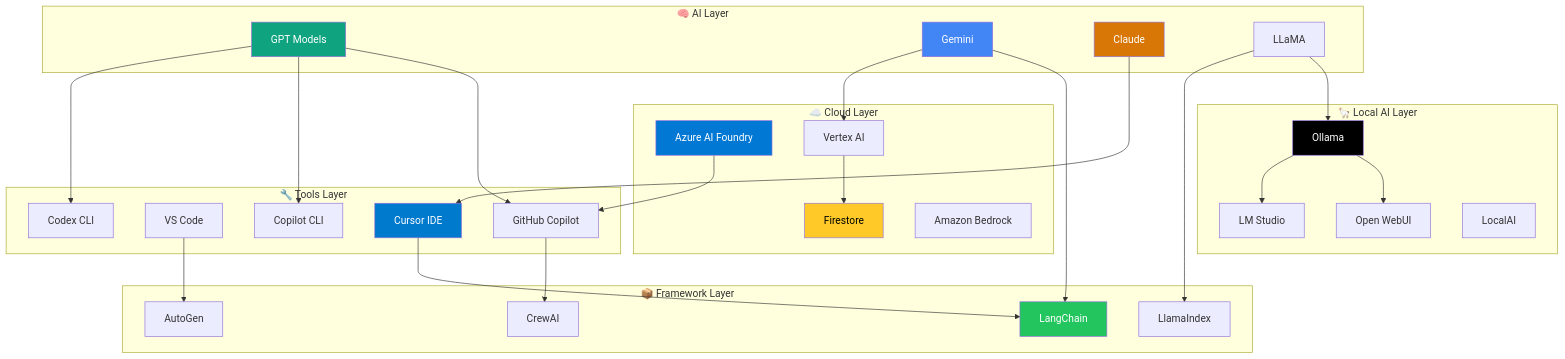
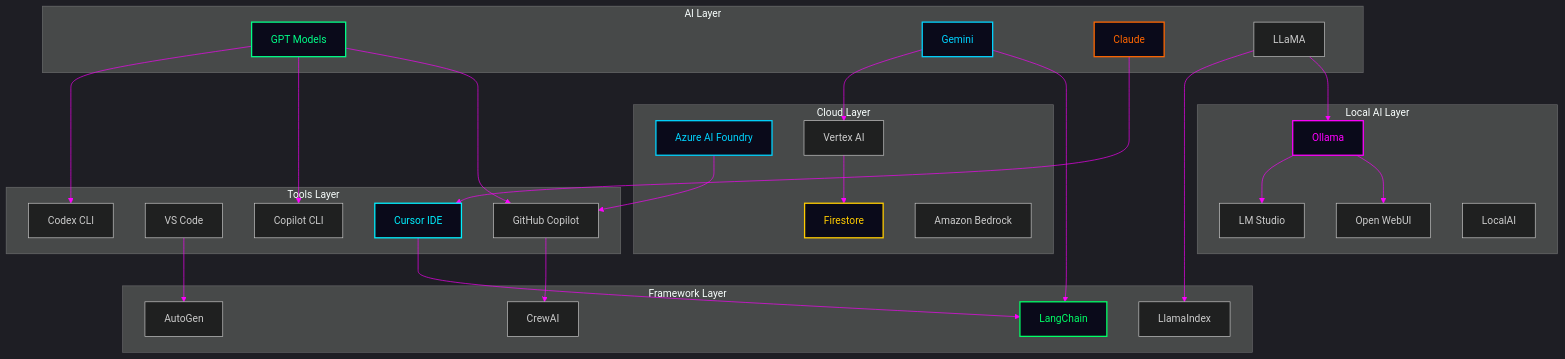
Before and after one commit to SpiralCloudOmega/DevTeam6: the sixth of 9 diagrams in README.md, drawn with Mermaid. The commit also changed other lines of this file, not shown here.

Commit message:
Add dark cyberpunk theme colors and improve text readability in mermaid diagrams

````diff
--- a/README.md
+++ b/README.md
@@ -2167,66 +2167,67 @@
 ```mermaid
+%%{init: {'theme': 'dark', 'themeVariables': { 'primaryColor': '#0a0a1a', 'primaryTextColor': '#ffffff', 'primaryBorderColor': '#00f0ff', 'lineColor': '#ff00ff', 'fontFamily': 'JetBrains Mono, monospace'}}}%%
 graph TD
-    subgraph "🧠 AI Layer"
+    subgraph "AI Layer"
         GPT[GPT Models]
         GEMINI[Gemini]
         CLAUDE[Claude]
         LLAMA[LLaMA]
     end
     
-    subgraph "🔧 Tools Layer"
+    subgraph "Tools Layer"
         CURSOR[Cursor IDE]
         VSCODE[VS Code]
         COPILOT[GitHub Copilot]
         COPILOTCLI[Copilot CLI]
         CODEX[Codex CLI]
     end
     
-    subgraph "🦙 Local AI Layer"
+    subgraph "Local AI Layer"
         OLLAMA[Ollama]
         OPENWEBUI[Open WebUI]
         LMSTUDIO[LM Studio]
         LOCALAI[LocalAI]
     end
     
-    subgraph "☁️ Cloud Layer"
+    subgraph "Cloud Layer"
         AZURE[Azure AI Foundry]
         VERTEX[Vertex AI]
         FIRESTORE[Firestore]
         BEDROCK[Amazon Bedrock]
     end
     
-    subgraph "📦 Framework Layer"
+    subgraph "Framework Layer"
         LANGCHAIN[LangChain]
         LLAMAINDEX[LlamaIndex]
         AUTOGEN[AutoGen]
         CREWAI[CrewAI]
     end
     
     GPT --> COPILOT
     GPT --> COPILOTCLI
     GPT --> CODEX
     GEMINI --> LANGCHAIN
     GEMINI --> VERTEX
     CLAUDE --> CURSOR
     LLAMA --> OLLAMA
     LLAMA --> LLAMAINDEX
     
     OLLAMA --> OPENWEBUI
     OLLAMA --> LMSTUDIO
     
     CURSOR --> LANGCHAIN
     VSCODE --> AUTOGEN
     COPILOT --> CREWAI
     
     AZURE --> COPILOT
     VERTEX --> FIRESTORE
     
-    style GPT fill:#10a37f,color:#fff
-    style GEMINI fill:#4285f4,color:#fff
-    style CLAUDE fill:#d97706,color:#fff
-    style CURSOR fill:#007acc,color:#fff
-    style LANGCHAIN fill:#22c55e,color:#fff
-    style OLLAMA fill:#000000,color:#fff
-    style AZURE fill:#0078D4,color:#fff
-    style FIRESTORE fill:#FFCA28,color:#000
+    style GPT fill:#0a0a1a,stroke:#00ff88,stroke-width:2px,color:#00ff88
+    style GEMINI fill:#0a0a1a,stroke:#00d4ff,stroke-width:2px,color:#00d4ff
+    style CLAUDE fill:#0a0a1a,stroke:#ff6600,stroke-width:2px,color:#ff6600
+    style CURSOR fill:#0a0a1a,stroke:#00f0ff,stroke-width:2px,color:#00f0ff
+    style LANGCHAIN fill:#0a0a1a,stroke:#00ff66,stroke-width:2px,color:#00ff66
+    style OLLAMA fill:#0a0a1a,stroke:#ff00ff,stroke-width:2px,color:#ff00ff
+    style AZURE fill:#0a0a1a,stroke:#00d4ff,stroke-width:2px,color:#00d4ff
+    style FIRESTORE fill:#0a0a1a,stroke:#ffcc00,stroke-width:2px,color:#ffcc00
 ```
````
